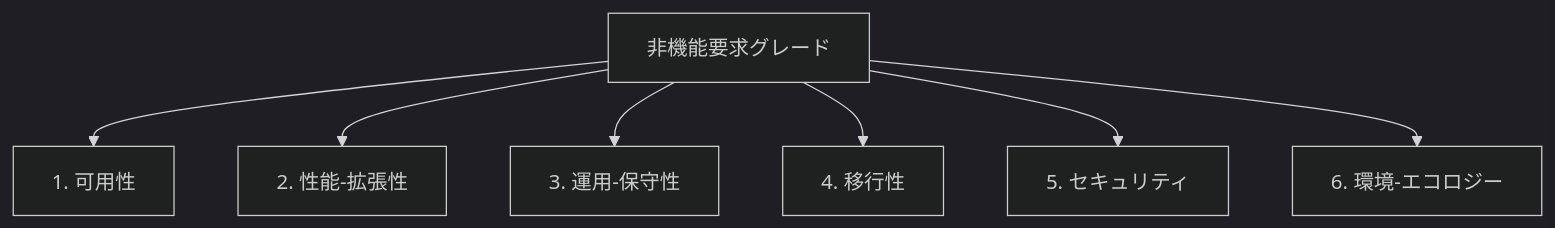
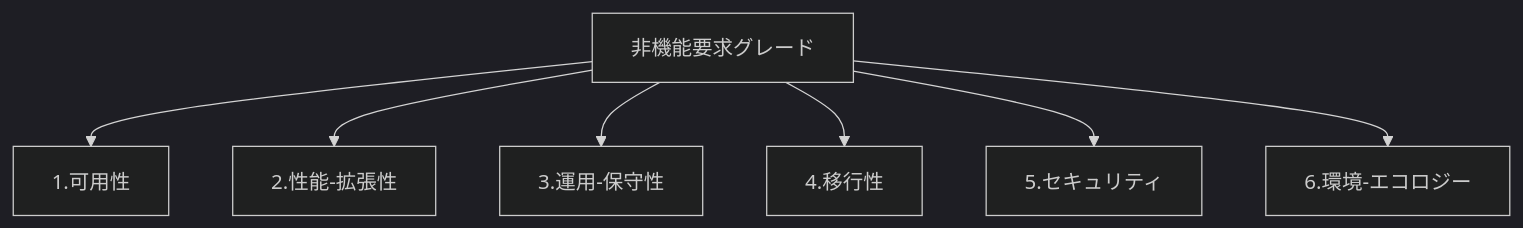
Before and after one commit to suwa-sh/zenn-contents: the first of 15 diagrams in articles/hikinou_youkyu_grade_20260327.md, drawn with Mermaid (dark theme). The commit also changed other lines of this file and 1 other file, not shown here.

````diff
--- a/articles/hikinou_youkyu_grade_20260327.md
+++ b/articles/hikinou_youkyu_grade_20260327.md
@@ -40,16 +40,16 @@
 ```mermaid
 graph TD
     root["非機能要求グレード"]
-    A["1. 可用性"]
-    B["2. 性能-拡張性"]
-    C["3. 運用-保守性"]
-    D["4. 移行性"]
-    E["5. セキュリティ"]
-    F["6. 環境-エコロジー"]
+    A["1.可用性"]
+    B["2.性能-拡張性"]
+    C["3.運用-保守性"]
+    D["4.移行性"]
+    E["5.セキュリティ"]
+    F["6.環境-エコロジー"]
     root --> A
     root --> B
     root --> C
     root --> D
     root --> E
     root --> F
 ```
````
